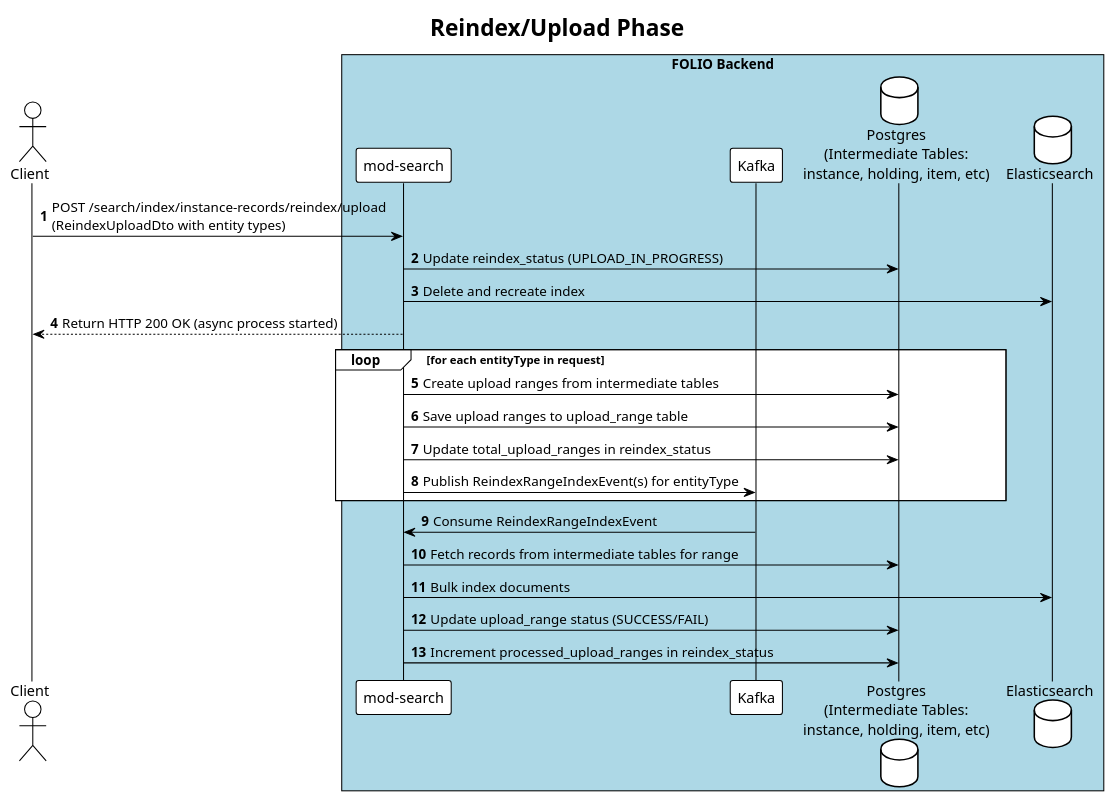
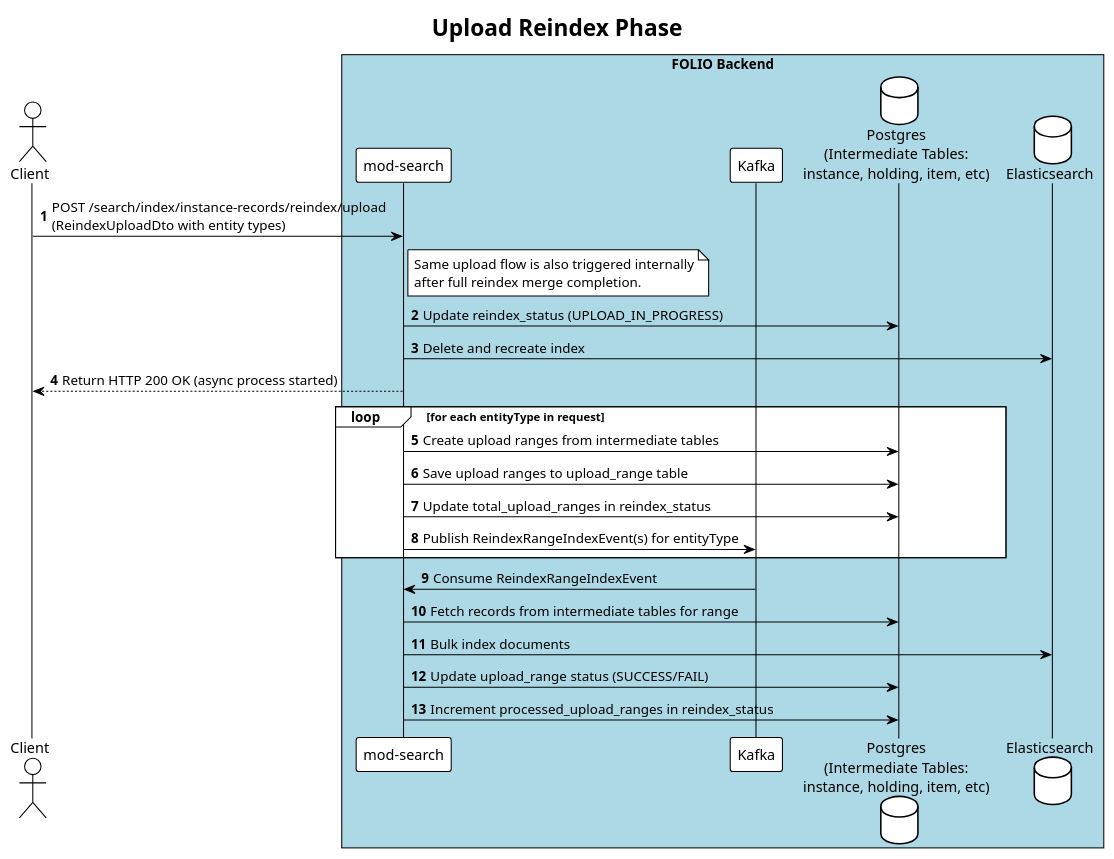
The diagram in doc/diagrams/upload.puml (folio-org/mod-search), drawn with PlantUML before and after one commit. The commit also changed 5 other files, not shown here.

```diff
--- a/doc/diagrams/upload.puml
+++ b/doc/diagrams/upload.puml
@@ -1,45 +1,49 @@
 @startuml
 !theme plain
-title Reindex/Upload Phase
+title Upload Reindex Phase
 
 actor "Client" as client
 box "FOLIO Backend" #LightBlue
   participant "mod-search" as modSearch
   participant "Kafka" as kafka
   database "Postgres\n(Intermediate Tables:\ninstance, holding, item, etc)" as postgres
   database "Elasticsearch" as elasticsearch
 end box
 
 autonumber
 
 ' Initial API request reception
 client -> modSearch: POST /search/index/instance-records/reindex/upload\n(ReindexUploadDto with entity types)
+note right of modSearch
+Same upload flow is also triggered internally
+after full reindex merge completion.
+end note
 
 ' Status update in database for requested types
 modSearch -> postgres: Update reindex_status (UPLOAD_IN_PROGRESS)
 
 ' Index recreation
 modSearch -> elasticsearch: Delete and recreate index
 
 ' Final response to client (Happens immediately after initial request)
 client <-- modSearch: Return HTTP 200 OK (async process started)
 
 ' --- Upload Phase Initialization (Async per requested entity type) ---
 loop for each entityType in request
   ' Create upload ranges from intermediate tables based on entityType
   modSearch -> postgres: Create upload ranges from intermediate tables
   modSearch -> postgres: Save upload ranges to upload_range table
   modSearch -> postgres: Update total_upload_ranges in reindex_status
 
   ' Publish upload range events to Kafka
   modSearch -> kafka: Publish ReindexRangeIndexEvent(s) for entityType
 end
 
 ' --- Upload Phase Processing (Async per range event) ---
 kafka -> modSearch: Consume ReindexRangeIndexEvent
 modSearch -> postgres: Fetch records from intermediate tables for range
 modSearch -> elasticsearch: Bulk index documents
 modSearch -> postgres: Update upload_range status (SUCCESS/FAIL)
 modSearch -> postgres: Increment processed_upload_ranges in reindex_status
 
 @enduml
```
